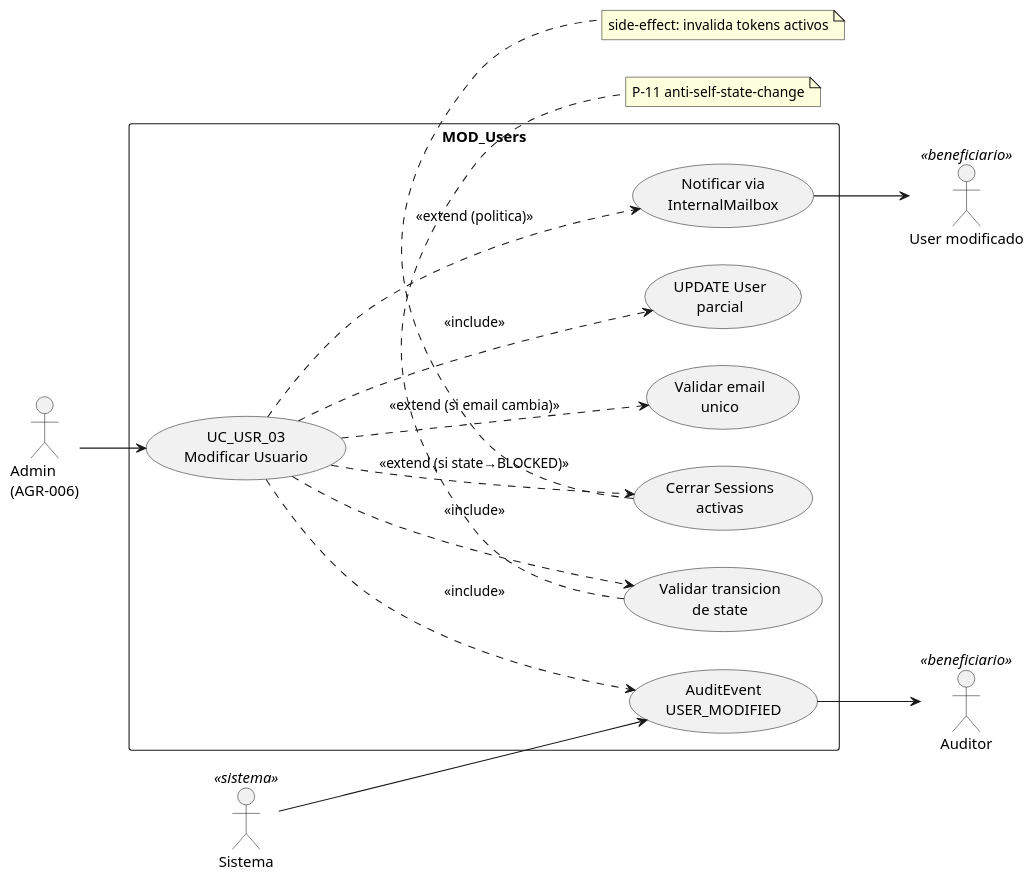
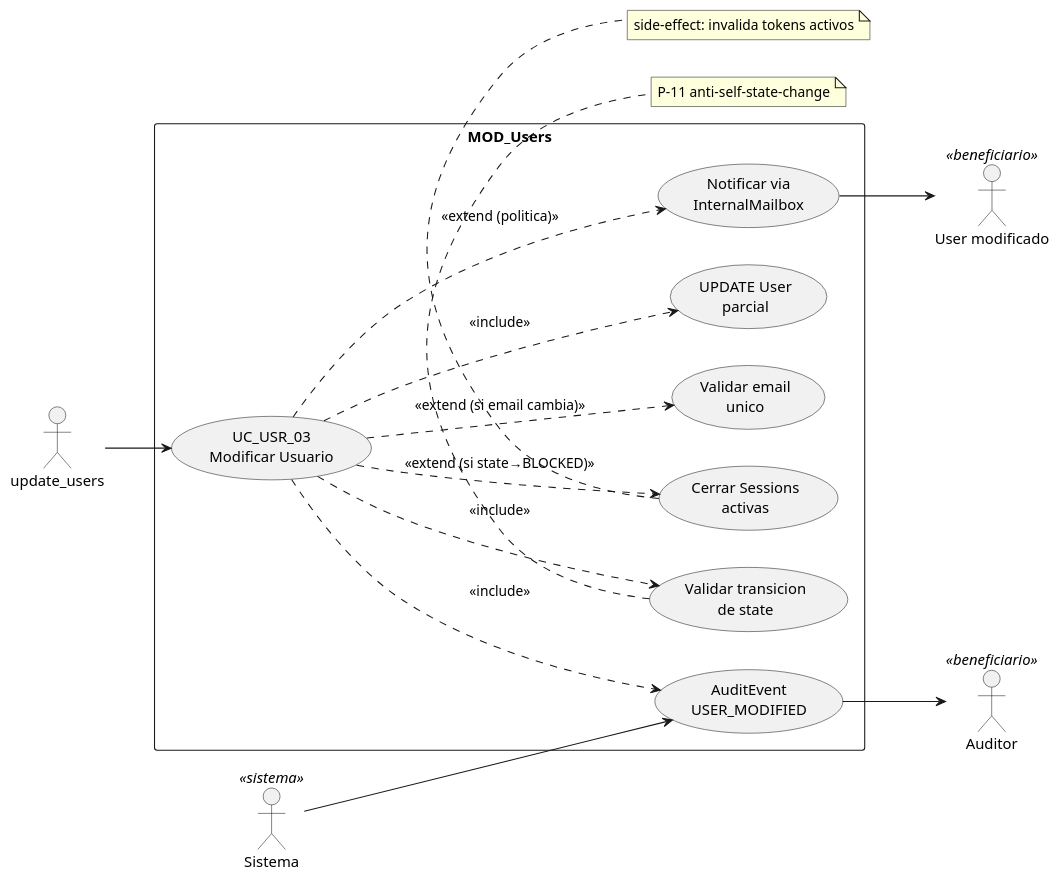
The first of 4 diagrams in source/requisitos/casos-uso/users/uc-usr-03/diagramas-uml.rst (jcg-admin/IACT-docs), drawn with PlantUML before and after one commit. The commit also changed 77 other files, not shown here.

First line of the commit message:
Enforce RBAC function names as actors in all UML diagrams

```diff
--- a/source/requisitos/casos-uso/users/uc-usr-03/diagramas-uml.rst
+++ b/source/requisitos/casos-uso/users/uc-usr-03/diagramas-uml.rst
@@ -10,41 +10,41 @@
 .. uml::
  :caption: UC_USR_03 — actores y casos asociados
 
  @startuml
 
  left to right direction
 
- actor "Admin\n(AGR-006)" as ADMIN
+ actor "update_users" as ADMIN
  actor "User modificado" as USER <<beneficiario>>
  actor "Auditor" as AUD <<beneficiario>>
  actor "Sistema" as SYS <<sistema>>
 
  rectangle "MOD_Users" {
    usecase "UC_USR_03\nModificar Usuario" as UC03
    usecase "Validar transicion\nde state" as TS
    usecase "Validar email\nunico" as EU
    usecase "UPDATE User\nparcial" as UPD
    usecase "Cerrar Sessions\nactivas" as CSE
    usecase "Notificar via\nInternalMailbox" as NOT
    usecase "AuditEvent\nUSER_MODIFIED" as EMI
  }
 
  ADMIN --> UC03
  UC03 ..> TS : <<include>>
  UC03 ..> EU : <<extend (si email cambia)>>
  UC03 ..> UPD : <<include>>
  UC03 ..> CSE : <<extend (si state→BLOCKED)>>
  UC03 ..> NOT : <<extend (politica)>>
  UC03 ..> EMI : <<include>>
  NOT --> USER
  SYS --> EMI
  EMI --> AUD
 
  note bottom of TS
    P-11 anti-self-state-change
  end note
  note bottom of CSE
    side-effect: invalida tokens activos
  end note
 
  @enduml
```
